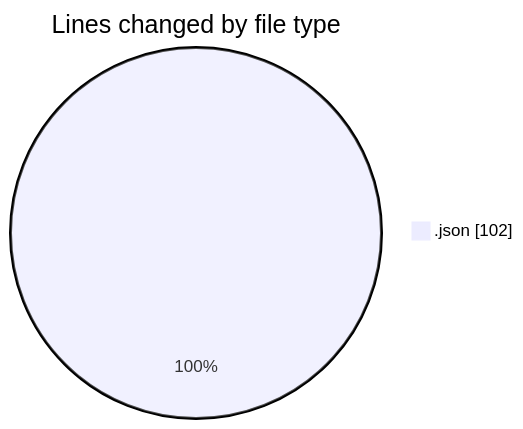
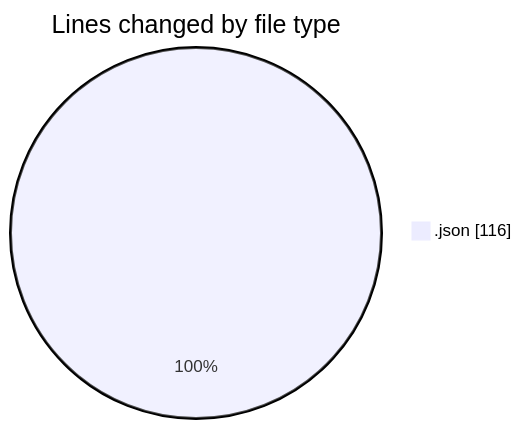
The first of 2 diagrams in 2025-08-03/macrowhisper/README.md (EIIisD/code-tracking), drawn with Mermaid before and after one commit. The commit also changed other lines of this file and 1 other file, not shown here.

````diff
--- a/2025-08-03/macrowhisper/README.md
+++ b/2025-08-03/macrowhisper/README.md
@@ -20,5 +20,5 @@
 ```mermaid
 pie showData
 title Lines changed by file type
-".json" : 102
+".json" : 116
 ```
````
